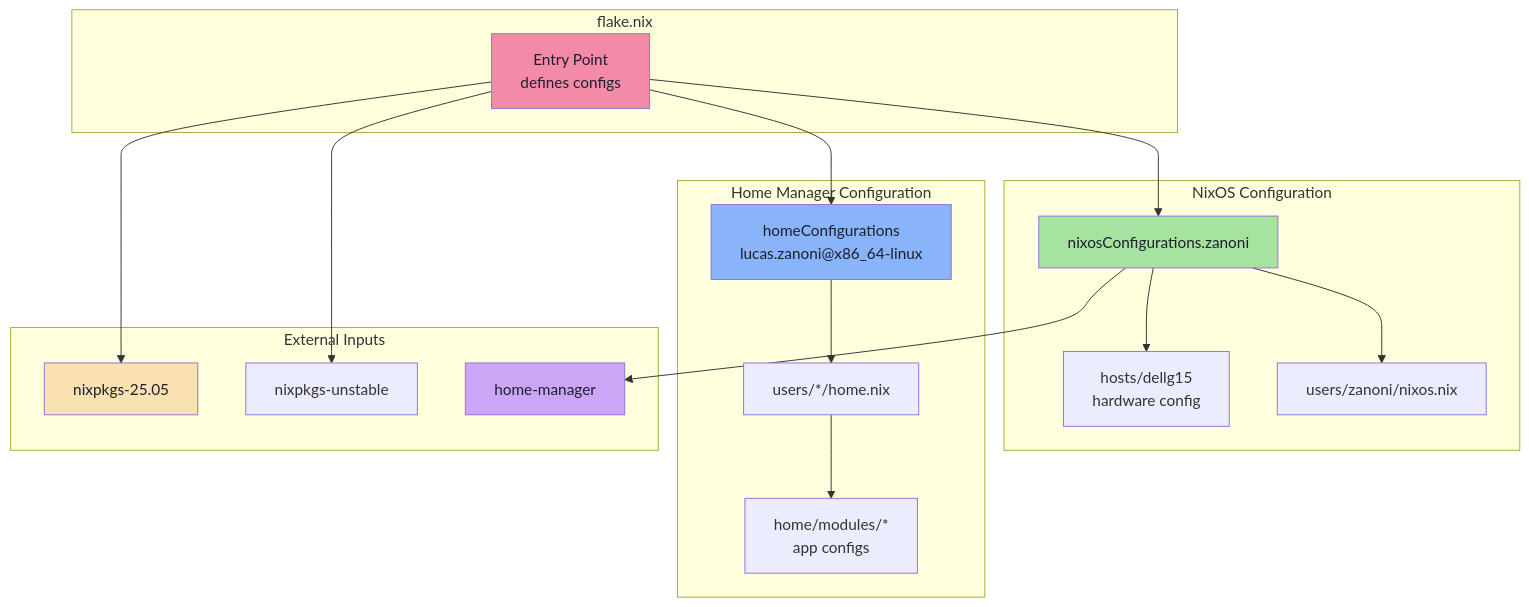
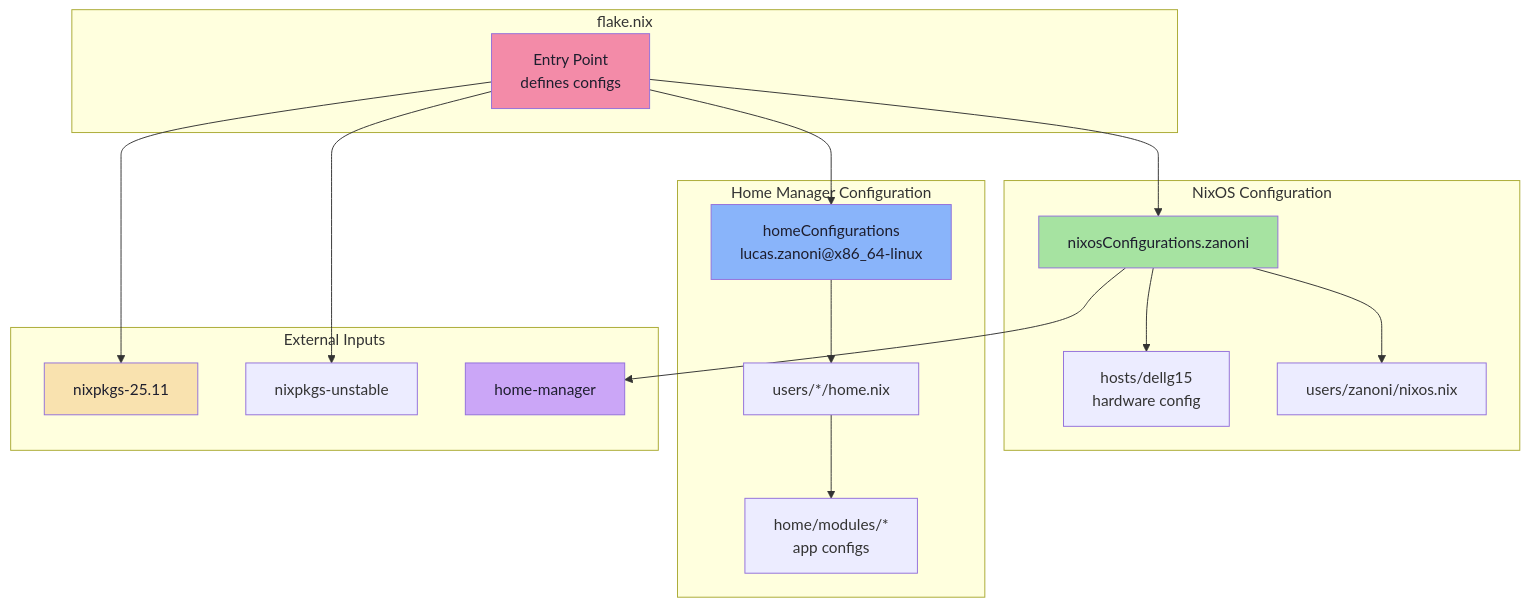
One commit to Castrozan/.dotfiles changed the diagram in README.md. Above: the diagram before and after it, drawn with Mermaid. The commit also changed other lines of this file and 8 other files, not shown here.

````diff
--- a/README.md
+++ b/README.md
@@ -143,43 +143,43 @@
 ```mermaid
 graph TD
     subgraph "flake.nix"
         Flake["Entry Point<br/>defines configs"]
     end
 
     subgraph "NixOS Configuration"
         NixOS["nixosConfigurations.zanoni"]
         Host["hosts/dellg15<br/>hardware config"]
         UserNixOS["users/zanoni/nixos.nix"]
     end
 
     subgraph "Home Manager Configuration"
         HomeStandalone["homeConfigurations<br/>lucas.zanoni@x86_64-linux"]
         UserHome["users/*/home.nix"]
         Modules["home/modules/*<br/>app configs"]
     end
 
     subgraph "External Inputs"
-        Nixpkgs["nixpkgs-25.05"]
+        Nixpkgs["nixpkgs-25.11"]
         Unstable["nixpkgs-unstable"]
         HM["home-manager"]
     end
 
     Flake --> NixOS
     Flake --> HomeStandalone
     
     NixOS --> Host
     NixOS --> UserNixOS
     NixOS --> HM
     
     HomeStandalone --> UserHome
     UserHome --> Modules
     
     Flake --> Nixpkgs
     Flake --> Unstable
 
     style Flake fill:#f38ba8,color:#1e1e2e
     style NixOS fill:#a6e3a1,color:#1e1e2e
     style HomeStandalone fill:#89b4fa,color:#1e1e2e
     style Nixpkgs fill:#f9e2af,color:#1e1e2e
     style HM fill:#cba6f7,color:#1e1e2e
 ```
````
